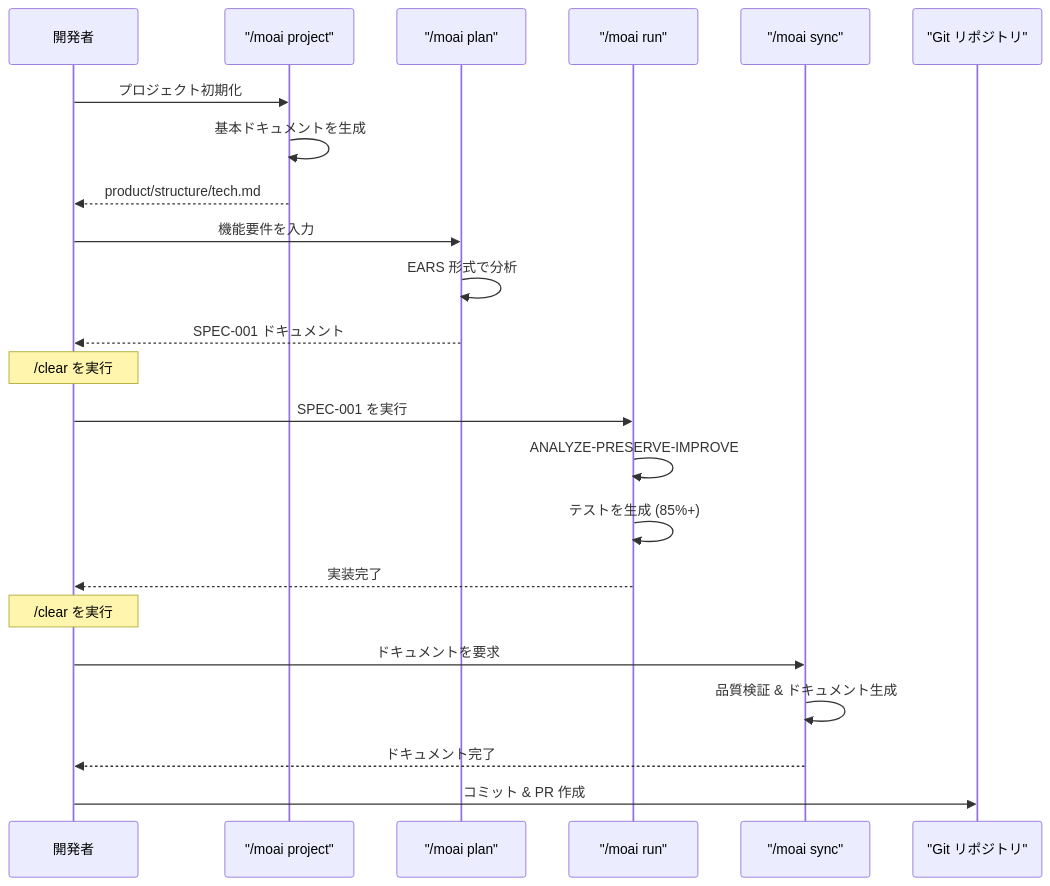
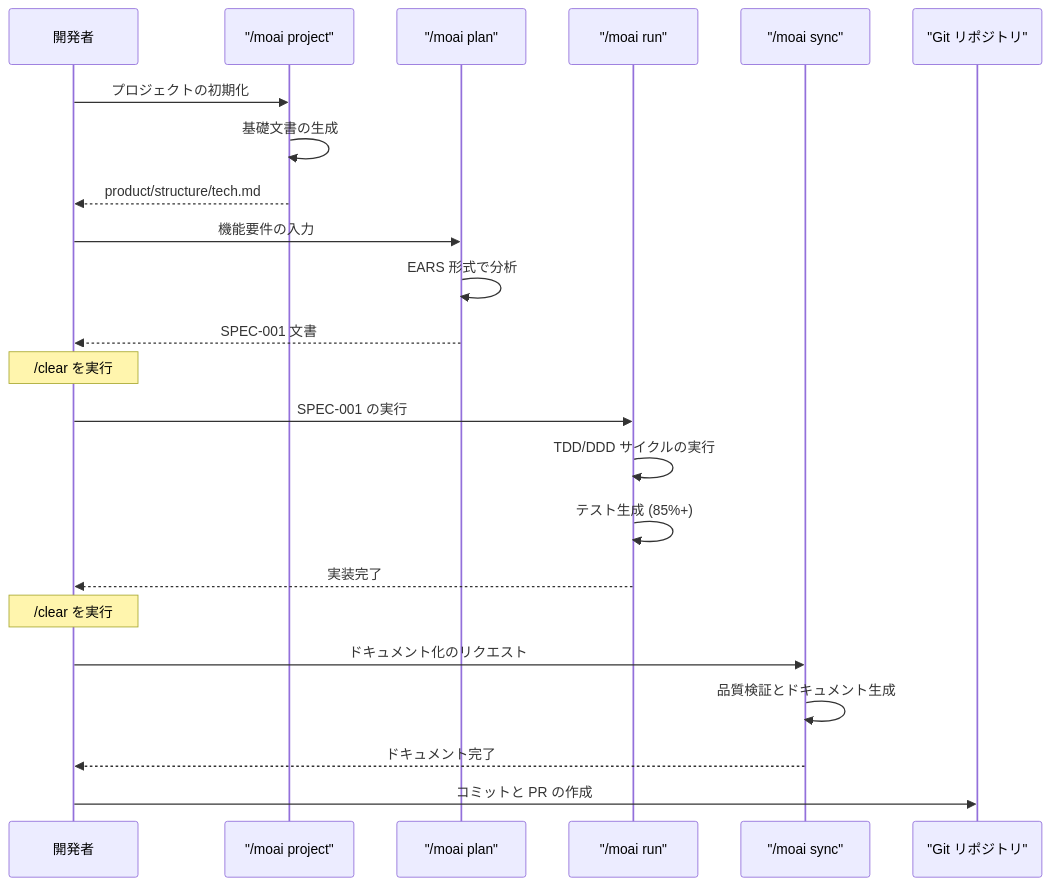
The seventh of 9 diagrams in docs-site/content/ja/getting-started/quickstart.md (modu-ai/moai-adk), drawn with Mermaid before and after one commit. The commit also changed other lines of this file and 395 other files, not shown here.

````diff
--- a/docs-site/content/ja/getting-started/quickstart.md
+++ b/docs-site/content/ja/getting-started/quickstart.md
@@ -247,32 +249,32 @@
 ```mermaid
 sequenceDiagram
     participant Dev as 開発者
     participant Project as "/moai project"
     participant Plan as "/moai plan"
     participant Run as "/moai run"
     participant Sync as "/moai sync"
     participant Git as "Git リポジトリ"
 
-    Dev->>Project: プロジェクト初期化
-    Project->>Project: 基本ドキュメントを生成
+    Dev->>Project: プロジェクトの初期化
+    Project->>Project: 基礎文書の生成
     Project-->>Dev: product/structure/tech.md
 
-    Dev->>Plan: 機能要件を入力
+    Dev->>Plan: 機能要件の入力
     Plan->>Plan: EARS 形式で分析
-    Plan-->>Dev: SPEC-001 ドキュメント
+    Plan-->>Dev: SPEC-001 文書
 
     Note over Dev: /clear を実行
 
-    Dev->>Run: SPEC-001 を実行
-    Run->>Run: ANALYZE-PRESERVE-IMPROVE
-    Run->>Run: テストを生成 (85%+)
+    Dev->>Run: SPEC-001 の実行
+    Run->>Run: TDD/DDD サイクルの実行
+    Run->>Run: テスト生成 (85%+)
     Run-->>Dev: 実装完了
 
     Note over Dev: /clear を実行
 
-    Dev->>Sync: ドキュメントを要求
-    Sync->>Sync: 品質検証 & ドキュメント生成
+    Dev->>Sync: ドキュメント化のリクエスト
+    Sync->>Sync: 品質検証とドキュメント生成
     Sync-->>Dev: ドキュメント完了
 
-    Dev->>Git: コミット & PR 作成
+    Dev->>Git: コミットと PR の作成
 ```
````
